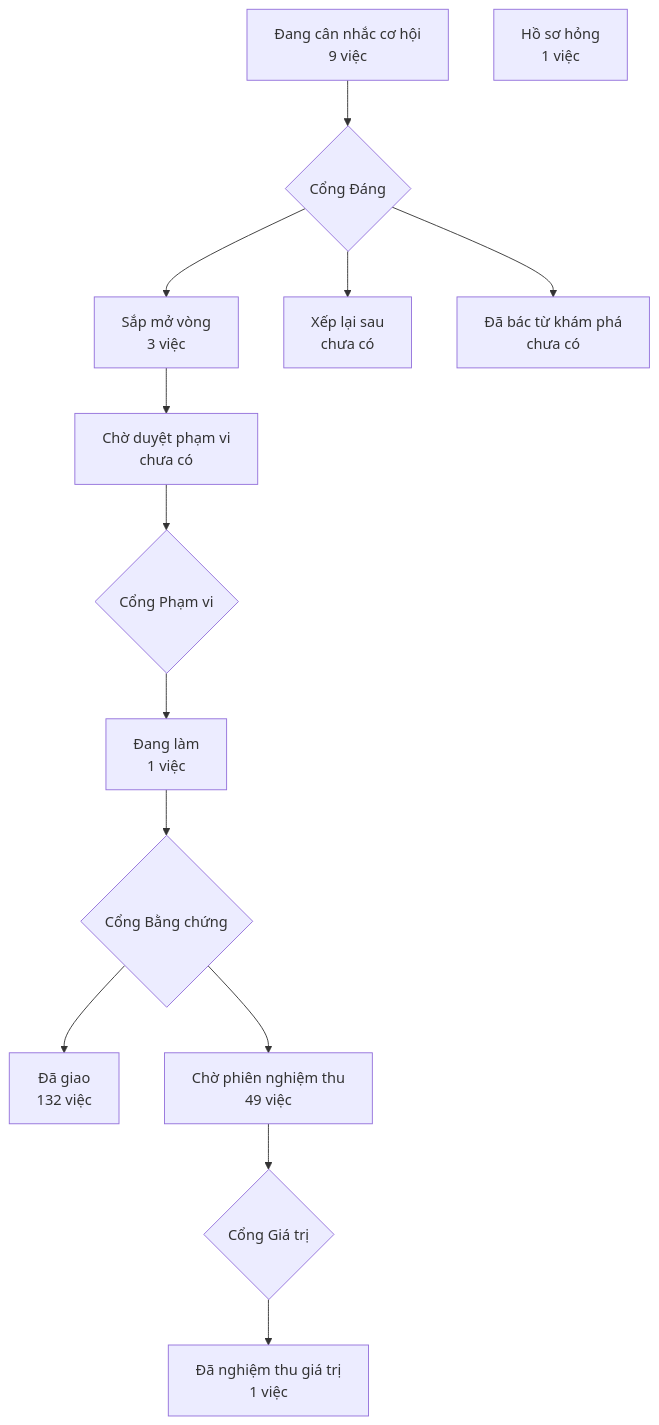
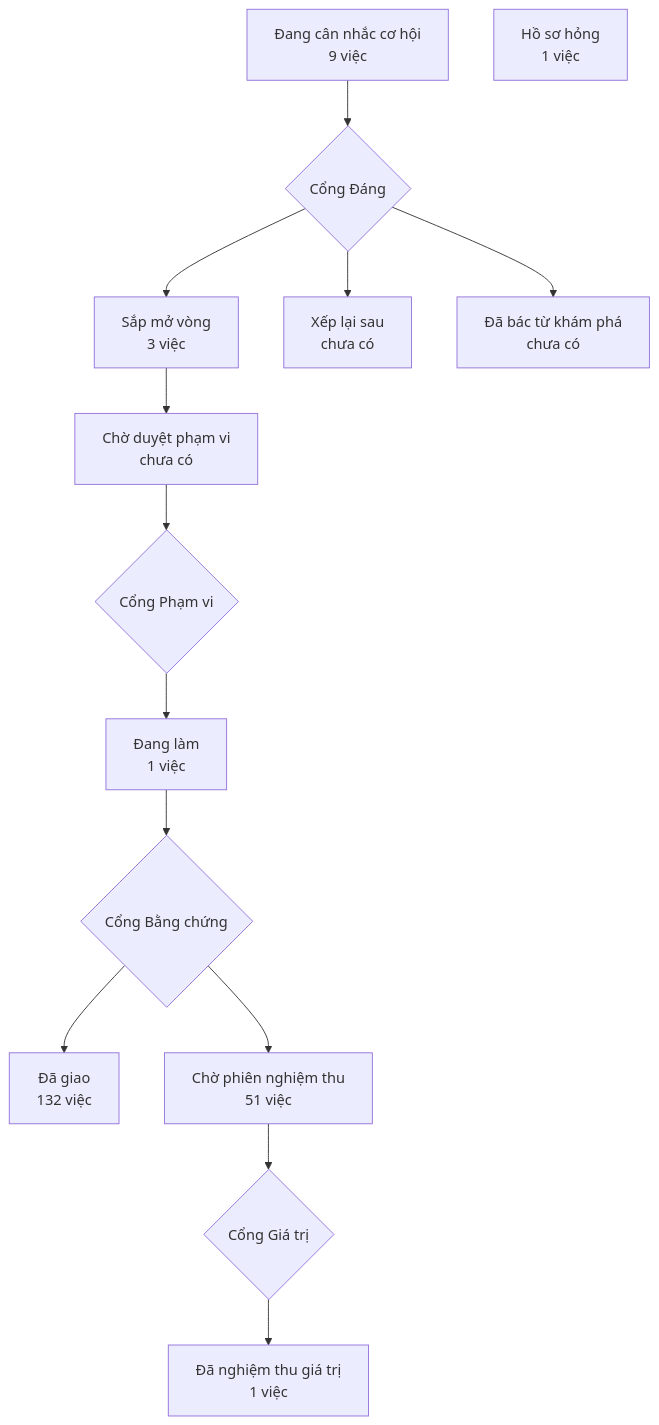
Before and after one commit to phanlemanh/crm-onehub: the diagram in PRODUCT-MAP.md, drawn with Mermaid. The commit also changed other lines of this file and 1 other file, not shown here.

Commit message:
docs: vẽ lại bản đồ trên bản sạch sau ghim lại

````diff
--- a/PRODUCT-MAP.md
+++ b/PRODUCT-MAP.md
@@ -7,13 +7,13 @@
 ```mermaid
 flowchart TD
   A["Đang cân nhắc cơ hội<br/>9 việc"] --> GD{"Cổng Đáng"}
   GD --> B["Sắp mở vòng<br/>3 việc"]
   GD --> XL["Xếp lại sau<br/>chưa có"]
   GD --> DB["Đã bác từ khám phá<br/>chưa có"]
   B --> CD["Chờ duyệt phạm vi<br/>chưa có"] --> GP{"Cổng Phạm vi"}
   GP --> DL["Đang làm<br/>1 việc"] --> GB{"Cổng Bằng chứng"}
   GB --> DG["Đã giao<br/>132 việc"]
-  GB --> CN["Chờ phiên nghiệm thu<br/>49 việc"] --> GG{"Cổng Giá trị"}
+  GB --> CN["Chờ phiên nghiệm thu<br/>51 việc"] --> GG{"Cổng Giá trị"}
   GG --> NT["Đã nghiệm thu giá trị<br/>1 việc"]
   HS["Hồ sơ hỏng<br/>1 việc"]
 ```
````
